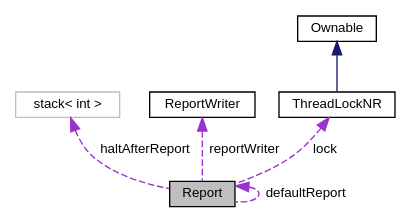
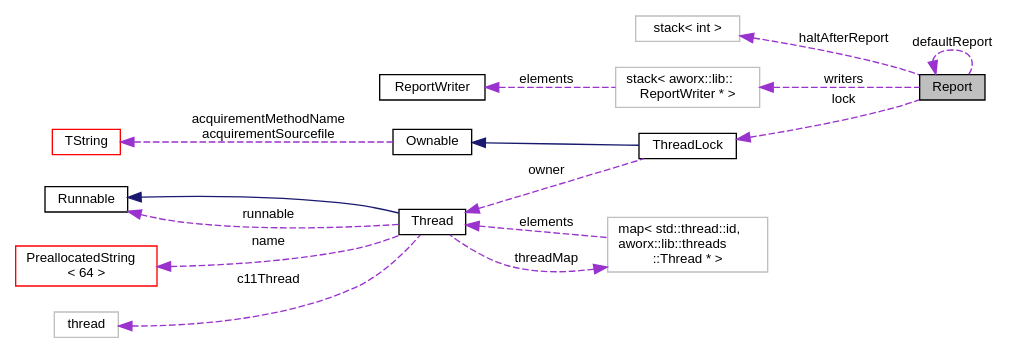
The diagram in cpp_ref/classaworx_1_1lib_1_1Report__coll__graph.dot (AlexWorx/ALox-Logging-Library), drawn with Graphviz before and after one commit. The commit also changed 3197 other files, not shown here.

```diff
--- a/cpp_ref/classaworx_1_1lib_1_1Report__coll__graph.dot
+++ b/cpp_ref/classaworx_1_1lib_1_1Report__coll__graph.dot
@@ -1,15 +1,32 @@
 digraph "Report"
 {
   edge [fontname="Helvetica",fontsize="10",labelfontname="Helvetica",labelfontsize="10"];
   node [fontname="Helvetica",fontsize="10",shape=record];
+  rankdir="LR";
   Node1 [label="Report",height=0.2,width=0.4,color="black", fillcolor="grey75", style="filled", fontcolor="black"];
   Node2 -> Node1 [dir="back",color="darkorchid3",fontsize="10",style="dashed",label=" haltAfterReport" ,fontname="Helvetica"];
   Node2 [label="stack\< int \>",height=0.2,width=0.4,color="grey75", fillcolor="white", style="filled"];
   Node1 -> Node1 [dir="back",color="darkorchid3",fontsize="10",style="dashed",label=" defaultReport" ,fontname="Helvetica"];
-  Node3 -> Node1 [dir="back",color="darkorchid3",fontsize="10",style="dashed",label=" reportWriter" ,fontname="Helvetica"];
-  Node3 [label="ReportWriter",height=0.2,width=0.4,color="black", fillcolor="white", style="filled",URL="$classaworx_1_1lib_1_1ReportWriter.html"];
-  Node4 -> Node1 [dir="back",color="darkorchid3",fontsize="10",style="dashed",label=" lock" ,fontname="Helvetica"];
-  Node4 [label="ThreadLockNR",height=0.2,width=0.4,color="black", fillcolor="white", style="filled",URL="$classaworx_1_1lib_1_1threads_1_1ThreadLockNR.html"];
-  Node5 -> Node4 [dir="back",color="midnightblue",fontsize="10",style="solid",fontname="Helvetica"];
-  Node5 [label="Ownable",height=0.2,width=0.4,color="black", fillcolor="white", style="filled",URL="$classaworx_1_1lib_1_1Ownable.html"];
+  Node3 -> Node1 [dir="back",color="darkorchid3",fontsize="10",style="dashed",label=" writers" ,fontname="Helvetica"];
+  Node3 [label="stack\< aworx::lib::\lReportWriter * \>",height=0.2,width=0.4,color="grey75", fillcolor="white", style="filled"];
+  Node4 -> Node3 [dir="back",color="darkorchid3",fontsize="10",style="dashed",label=" elements" ,fontname="Helvetica"];
+  Node4 [label="ReportWriter",height=0.2,width=0.4,color="black", fillcolor="white", style="filled",URL="$classaworx_1_1lib_1_1ReportWriter.html"];
+  Node5 -> Node1 [dir="back",color="darkorchid3",fontsize="10",style="dashed",label=" lock" ,fontname="Helvetica"];
+  Node5 [label="ThreadLock",height=0.2,width=0.4,color="black", fillcolor="white", style="filled",URL="$classaworx_1_1lib_1_1threads_1_1ThreadLock.html"];
+  Node6 -> Node5 [dir="back",color="midnightblue",fontsize="10",style="solid",fontname="Helvetica"];
+  Node6 [label="Ownable",height=0.2,width=0.4,color="black", fillcolor="white", style="filled",URL="$classaworx_1_1lib_1_1Ownable.html"];
+  Node7 -> Node6 [dir="back",color="darkorchid3",fontsize="10",style="dashed",label=" acquirementMethodName\nacquirementSourcefile" ,fontname="Helvetica"];
+  Node7 [label="TString",height=0.2,width=0.4,color="red", fillcolor="white", style="filled",URL="$classaworx_1_1lib_1_1strings_1_1TString.html"];
+  Node8 -> Node5 [dir="back",color="darkorchid3",fontsize="10",style="dashed",label=" owner" ,fontname="Helvetica"];
+  Node8 [label="Thread",height=0.2,width=0.4,color="black", fillcolor="white", style="filled",URL="$classaworx_1_1lib_1_1threads_1_1Thread.html"];
+  Node9 -> Node8 [dir="back",color="midnightblue",fontsize="10",style="solid",fontname="Helvetica"];
+  Node9 [label="Runnable",height=0.2,width=0.4,color="black", fillcolor="white", style="filled",URL="$classaworx_1_1lib_1_1threads_1_1Runnable.html"];
+  Node9 -> Node8 [dir="back",color="darkorchid3",fontsize="10",style="dashed",label=" runnable" ,fontname="Helvetica"];
+  Node10 -> Node8 [dir="back",color="darkorchid3",fontsize="10",style="dashed",label=" name" ,fontname="Helvetica"];
+  Node10 [label="PreallocatedString\l\< 64 \>",height=0.2,width=0.4,color="red", fillcolor="white", style="filled",URL="$classaworx_1_1lib_1_1strings_1_1PreallocatedString.html"];
+  Node11 -> Node8 [dir="back",color="darkorchid3",fontsize="10",style="dashed",label=" threadMap" ,fontname="Helvetica"];
+  Node11 [label="map\< std::thread::id,\l aworx::lib::threads\l::Thread * \>",height=0.2,width=0.4,color="grey75", fillcolor="white", style="filled"];
+  Node8 -> Node11 [dir="back",color="darkorchid3",fontsize="10",style="dashed",label=" elements" ,fontname="Helvetica"];
+  Node12 -> Node8 [dir="back",color="darkorchid3",fontsize="10",style="dashed",label=" c11Thread" ,fontname="Helvetica"];
+  Node12 [label="thread",height=0.2,width=0.4,color="grey75", fillcolor="white", style="filled",tooltip="STL class. "];
 }
```
